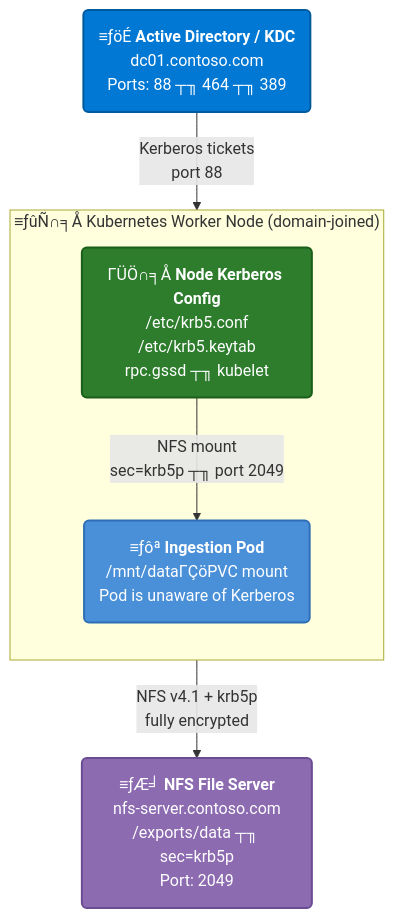
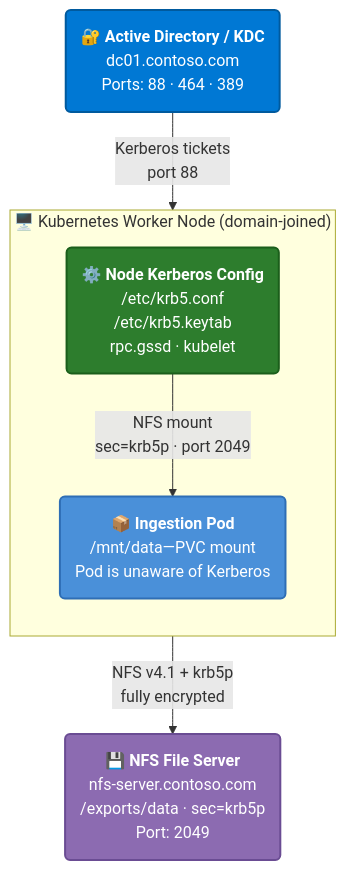
Before and after one commit to MicrosoftDocs/azure-management-docs: the diagram in articles/azure-arc/edge-rag/connect-nfs-kerberos-overview.md, drawn with Mermaid. The commit also changed other lines of this file and 11 other files, not shown here.

````diff
--- a/articles/azure-arc/edge-rag/connect-nfs-kerberos-overview.md
+++ b/articles/azure-arc/edge-rag/connect-nfs-kerberos-overview.md
@@ -25,26 +25,26 @@
 ```mermaid
 graph TD
-    AD("≡ƒöÉ <b>Active Directory / KDC</b><br/>dc01.contoso.com<br/>Ports: 88 ┬╖ 464 ┬╖ 389")
+    AD("🔐 <b>Active Directory / KDC</b><br/>dc01.contoso.com<br/>Ports: 88 · 464 · 389")
 
-    subgraph Node ["≡ƒûÑ∩╕Å Kubernetes Worker Node (domain-joined)"]
+    subgraph Node ["🖥️ Kubernetes Worker Node (domain-joined)"]
         direction TB
-        Config("ΓÜÖ∩╕Å <b>Node Kerberos Config</b><br/>/etc/krb5.conf<br/>/etc/krb5.keytab<br/>rpc.gssd ┬╖ kubelet")
-        Pod("≡ƒôª <b>Ingestion Pod</b><br/>/mnt/dataΓÇöPVC mount<br/>Pod is unaware of Kerberos")
+        Config("⚙️ <b>Node Kerberos Config</b><br/>/etc/krb5.conf<br/>/etc/krb5.keytab<br/>rpc.gssd · kubelet")
+        Pod("📦 <b>Ingestion Pod</b><br/>/mnt/data—PVC mount<br/>Pod is unaware of Kerberos")
     end
 
-    NFS("≡ƒÆ╛ <b>NFS File Server</b><br/>nfs-server.contoso.com<br/>/exports/data ┬╖ sec=krb5p<br/>Port: 2049")
+    NFS("💾 <b>NFS File Server</b><br/>nfs-server.contoso.com<br/>/exports/data · sec=krb5p<br/>Port: 2049")
 
     AD -->|"Kerberos tickets<br/>port 88"| Config
-    Config -->|"NFS mount<br/>sec=krb5p ┬╖ port 2049"| Pod
+    Config -->|"NFS mount<br/>sec=krb5p · port 2049"| Pod
     Pod -->|"NFS v4.1 + krb5p<br/>fully encrypted"| NFS
 
     classDef azure fill:#0078D4,stroke:#005A9E,color:#fff,stroke-width:2px
     classDef node fill:#2D7D2D,stroke:#1B5E1B,color:#fff,stroke-width:2px
     classDef pod fill:#4A90D9,stroke:#2E6EB5,color:#fff,stroke-width:2px
     classDef storage fill:#8C6BB1,stroke:#6A4C93,color:#fff,stroke-width:2px
 
     class AD azure
     class Config node
     class Pod pod
     class NFS storage
 ```
````
